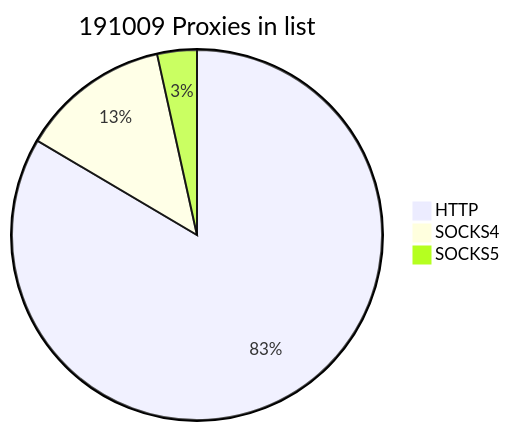
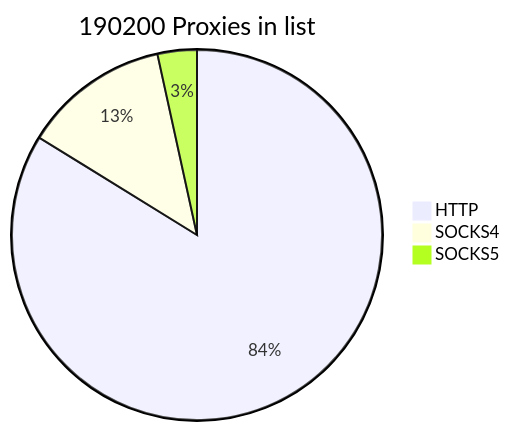
One commit to cutipu/proxylist changed the first of 2 diagrams in README.md. Above: the diagram before and after it, drawn with Mermaid. The commit also changed other lines of this file, not shown here.

````diff
--- a/README.md
+++ b/README.md
@@ -2,7 +2,7 @@
 ```mermaid
-pie title 191009 Proxies in list
-    "HTTP" : 159467
-    "SOCKS4" : 24938
-    "SOCKS5" : 6604
+pie title 190200 Proxies in list
+    "HTTP" : 159395
+    "SOCKS4" : 24284
+    "SOCKS5" : 6521
             
 ```
````
